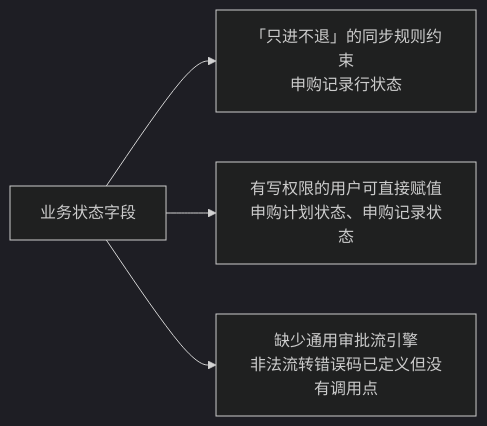
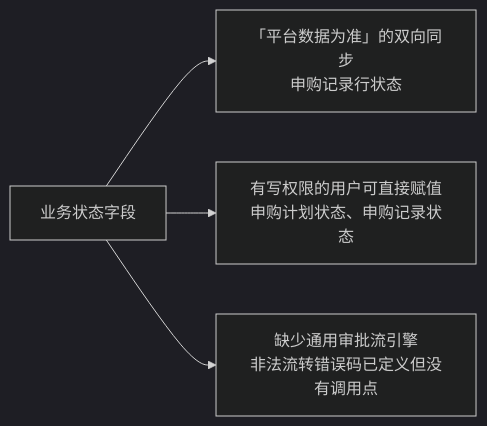
One commit to Sakana-1314/Electrical-Manager changed the first of 23 diagrams in docs/websites/pages/dev-state-machines.md. Above: the diagram before and after it, drawn with Mermaid (dark theme). The commit also changed other lines of this file and 8 other files, not shown here.

````diff
--- a/docs/websites/pages/dev-state-machines.md
+++ b/docs/websites/pages/dev-state-machines.md
@@ -5,6 +5,6 @@
 ```mermaid
 flowchart LR
-    A["业务状态字段"] --> B["「只进不退」的同步规则约束<br/>申购记录行状态"]
+    A["业务状态字段"] --> B["「平台数据为准」的双向同步<br/>申购记录行状态"]
     A --> C["有写权限的用户可直接赋值<br/>申购计划状态、申购记录状态"]
     A --> D["缺少通用审批流引擎<br/>非法流转错误码已定义但没有调用点"]
 ```
````
